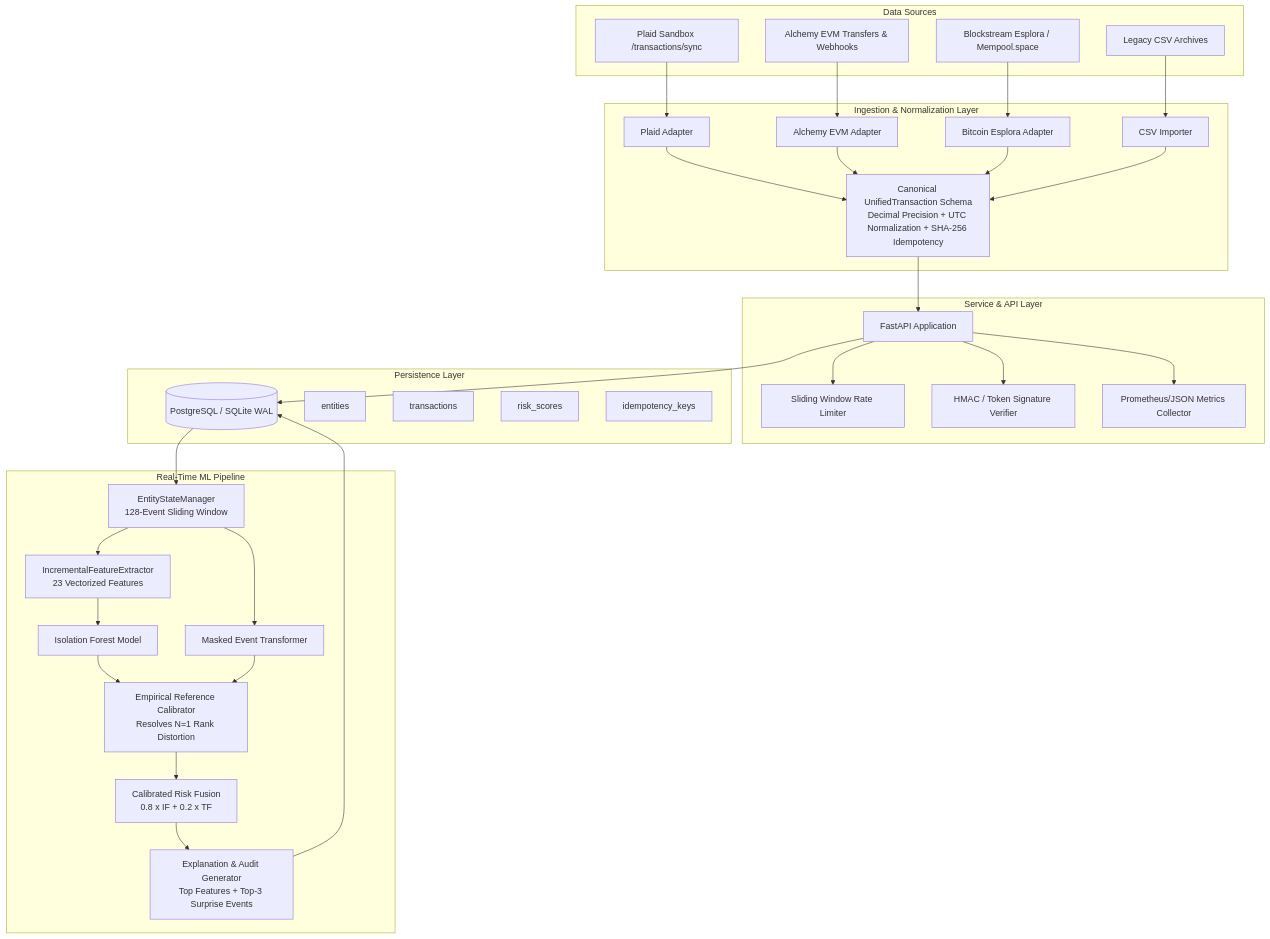
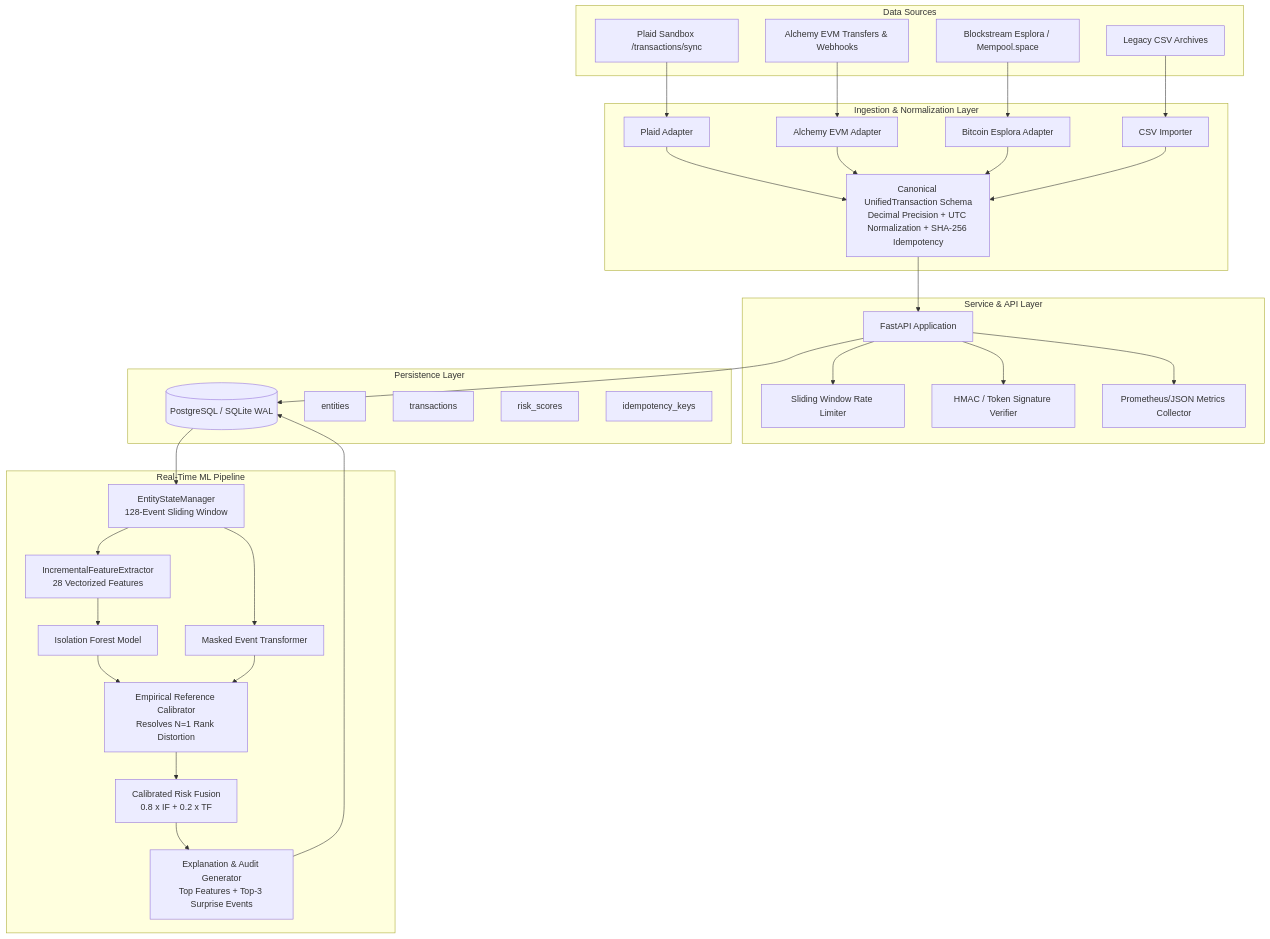
The first of 3 diagrams in ARCHITECTURE.md (AllRock666/DeCrypt), drawn with Mermaid before and after one commit. The commit also changed other lines of this file and 2 other files, not shown here.

Commit message:
chore: research prototype framing, 28-feature reconciliation, v1.2 trade-off numbers, LaTeX fixes, and limitations section

````diff
--- a/ARCHITECTURE.md
+++ b/ARCHITECTURE.md
@@ -19,58 +19,58 @@
 ```mermaid
 flowchart TD
     subgraph Data Sources
         Plaid[Plaid Sandbox /transactions/sync]
         Alchemy[Alchemy EVM Transfers & Webhooks]
         Bitcoin[Blockstream Esplora / Mempool.space]
         CSV[Legacy CSV Archives]
     end
 
     subgraph Ingestion & Normalization Layer
         PlaidAdapter[Plaid Adapter]
         AlchemyAdapter[Alchemy EVM Adapter]
         BitcoinAdapter[Bitcoin Esplora Adapter]
         CSVAdapter[CSV Importer]
         Schema[Canonical UnifiedTransaction Schema\nDecimal Precision + UTC Normalization + SHA-256 Idempotency]
     end
 
     subgraph Service & API Layer
         FastAPI[FastAPI Application]
         RateLimiter[Sliding Window Rate Limiter]
         WebhookVerif[HMAC / Token Signature Verifier]
         Telemetry[Prometheus/JSON Metrics Collector]
     end
 
     subgraph Persistence Layer
         DB[(PostgreSQL / SQLite WAL)]
         Entities[entities]
         Transactions[transactions]
         RiskScores[risk_scores]
         Idempotency[idempotency_keys]
     end
 
     subgraph Real-Time ML Pipeline
         StateManager[EntityStateManager\n128-Event Sliding Window]
-        IncFeatures[IncrementalFeatureExtractor\n23 Vectorized Features]
+        IncFeatures[IncrementalFeatureExtractor\n28 Vectorized Features]
         IFModel[Isolation Forest Model]
         TFModel[Masked Event Transformer]
         Calibrator[Empirical Reference Calibrator\nResolves N=1 Rank Distortion]
         Ensemble[Calibrated Risk Fusion\n0.8 x IF + 0.2 x TF]
         Explain[Explanation & Audit Generator\nTop Features + Top-3 Surprise Events]
     end
 
     Plaid --> PlaidAdapter --> Schema
     Alchemy --> AlchemyAdapter --> Schema
     Bitcoin --> BitcoinAdapter --> Schema
     CSV --> CSVAdapter --> Schema
 
     Schema --> FastAPI
     FastAPI --> RateLimiter
     FastAPI --> WebhookVerif
     FastAPI --> Telemetry
     FastAPI --> DB
 
     DB --> StateManager
     StateManager --> IncFeatures --> IFModel --> Calibrator
     StateManager --> TFModel --> Calibrator
     Calibrator --> Ensemble --> Explain --> DB
 ```
````
